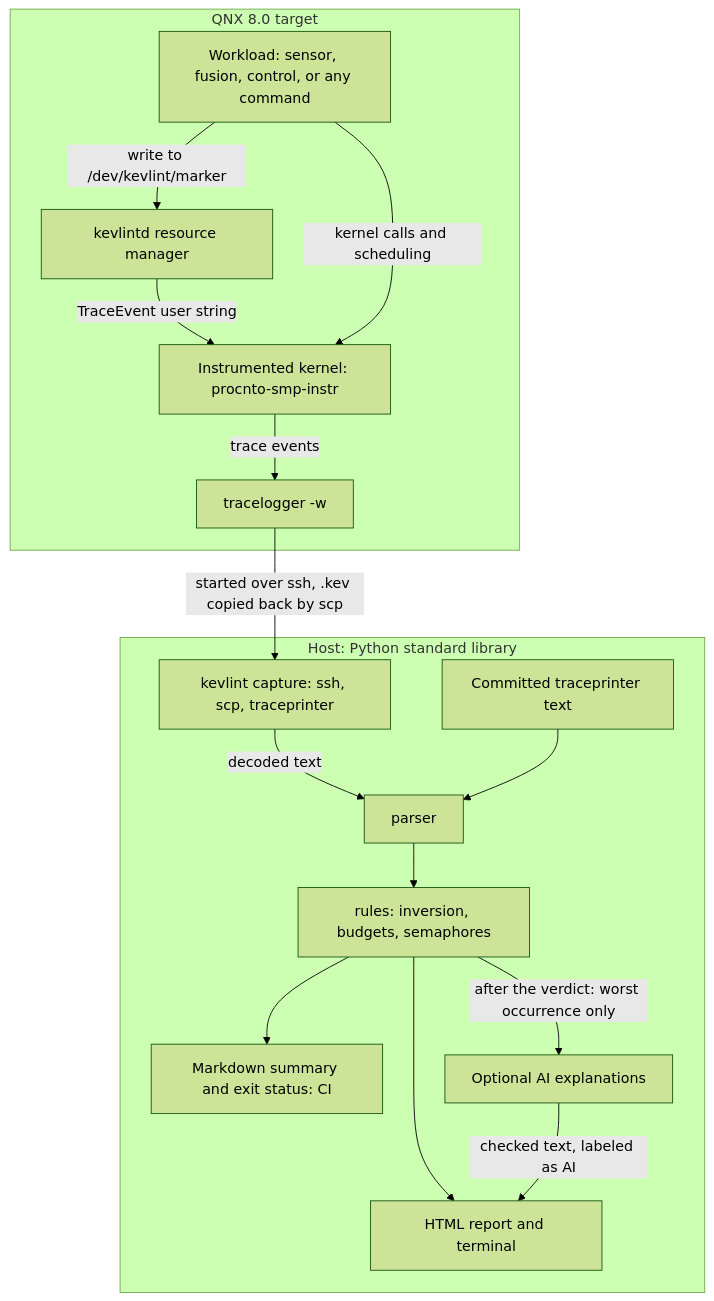
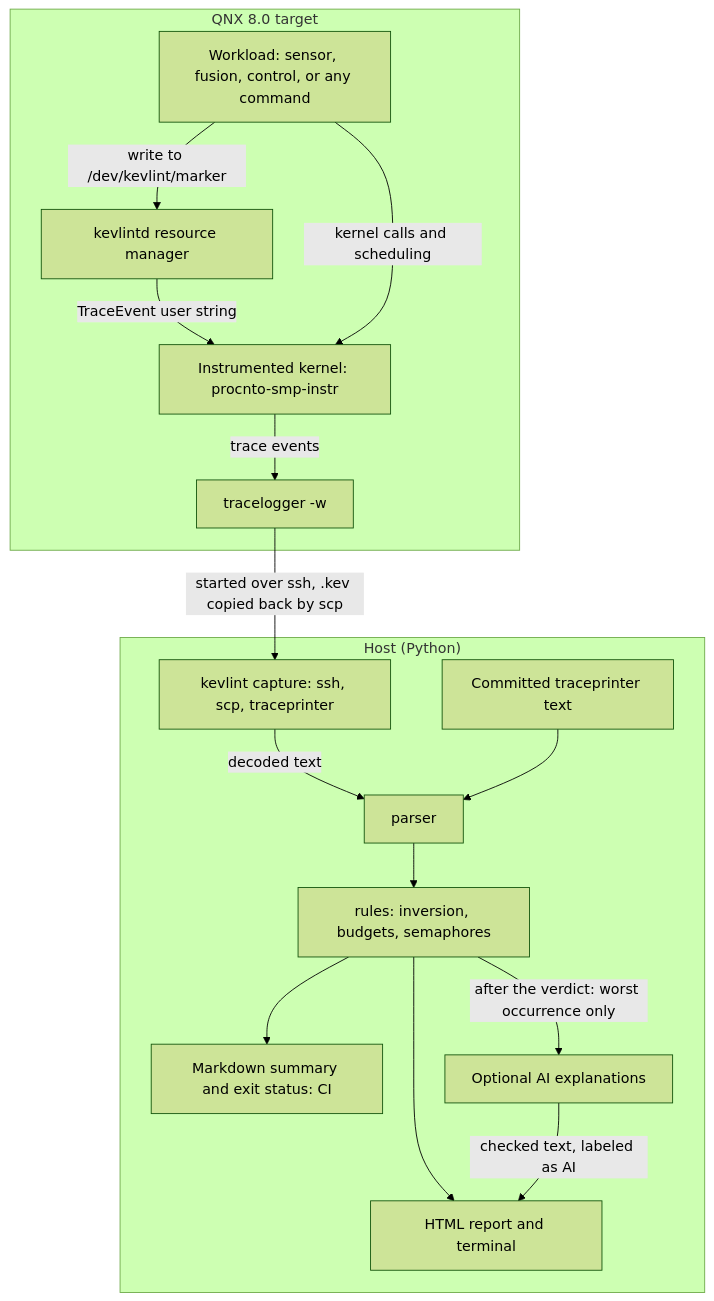
One commit to Adedayoke/kevlint changed the diagram in docs/architecture.md. Above: the diagram before and after it, drawn with Mermaid (forest theme).

Commit message:
Shorten the host title in the architecture diagram
The longer title wrapped behind a node.

````diff
--- a/docs/architecture.md
+++ b/docs/architecture.md
@@ -7,32 +7,32 @@
 ```mermaid
 flowchart TD
     subgraph target["QNX 8.0 target"]
         workload["Workload: sensor, fusion, control, or any command"]
         kevlintd["kevlintd resource manager"]
         kernel["Instrumented kernel: procnto-smp-instr"]
         tracelogger["tracelogger -w"]
         workload -->|"write to /dev/kevlint/marker"| kevlintd
         kevlintd -->|"TraceEvent user string"| kernel
         workload -->|"kernel calls and scheduling"| kernel
         kernel -->|"trace events"| tracelogger
     end
 
-    subgraph host["Host: Python standard library"]
+    subgraph host["Host (Python)"]
         capture["kevlint capture: ssh, scp, traceprinter"]
         committed["Committed traceprinter text"]
         parser["parser"]
         rules["rules: inversion, budgets, semaphores"]
         report["HTML report and terminal"]
         ci["Markdown summary and exit status: CI"]
         ai["Optional AI explanations"]
     end
 
     tracelogger -->|"started over ssh, .kev copied back by scp"| capture
     capture -->|"decoded text"| parser
     committed --> parser
     parser --> rules
     rules --> report
     rules --> ci
     rules -->|"after the verdict: worst occurrence only"| ai
     ai -->|"checked text, labeled as AI"| report
 ```
````
